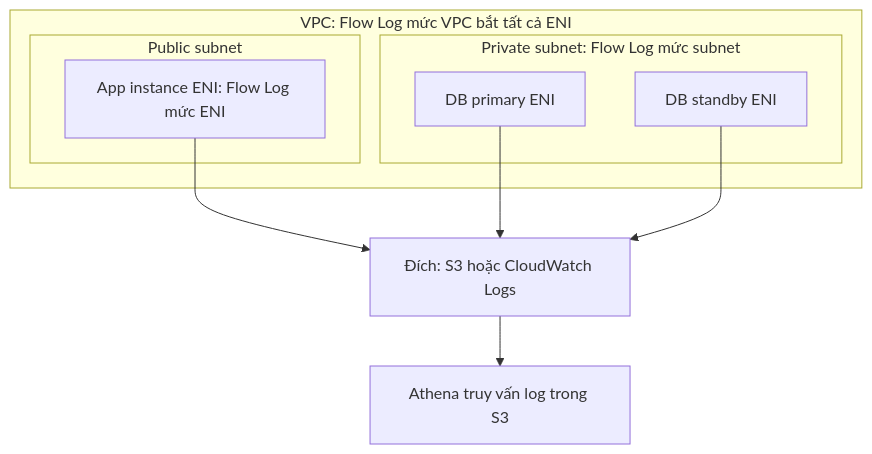
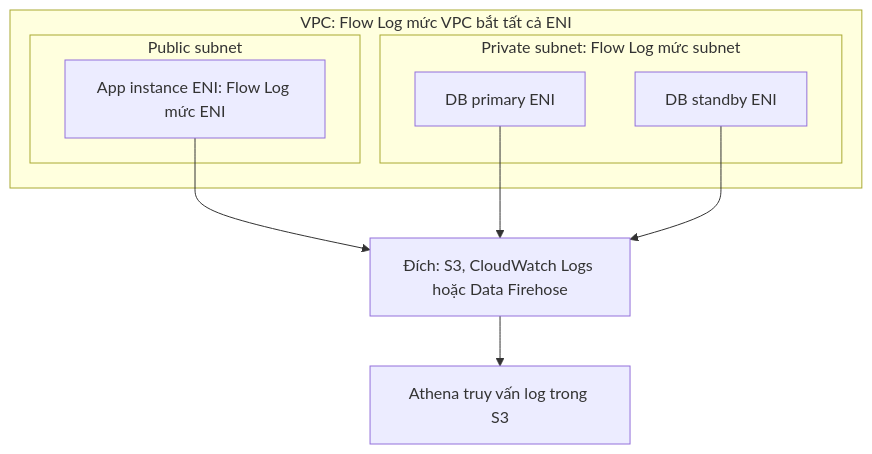
One commit to hairbui76/aws-saa-c03 changed the diagram in data/16 Advanced VPC Networking/VPC Flow Logs.md. Above: the diagram before and after it, drawn with Mermaid. The commit also changed other lines of this file and 56 other files, not shown here.

````diff
--- a/data/16 Advanced VPC Networking/VPC Flow Logs.md
+++ b/data/16 Advanced VPC Networking/VPC Flow Logs.md
@@ -35,16 +37,16 @@
 ```mermaid
 flowchart TB
   subgraph VPC["VPC: Flow Log mức VPC bắt tất cả ENI"]
     subgraph PUB["Public subnet"]
       APP["App instance ENI: Flow Log mức ENI"]
     end
     subgraph PRIV["Private subnet: Flow Log mức subnet"]
       DB1["DB primary ENI"]
       DB2["DB standby ENI"]
     end
   end
-  APP --> DEST["Đích: S3 hoặc CloudWatch Logs"]
+  APP --> DEST["Đích: S3, CloudWatch Logs hoặc Data Firehose"]
   DB1 --> DEST
   DB2 --> DEST
   DEST --> ATH["Athena truy vấn log trong S3"]
 ```
````
